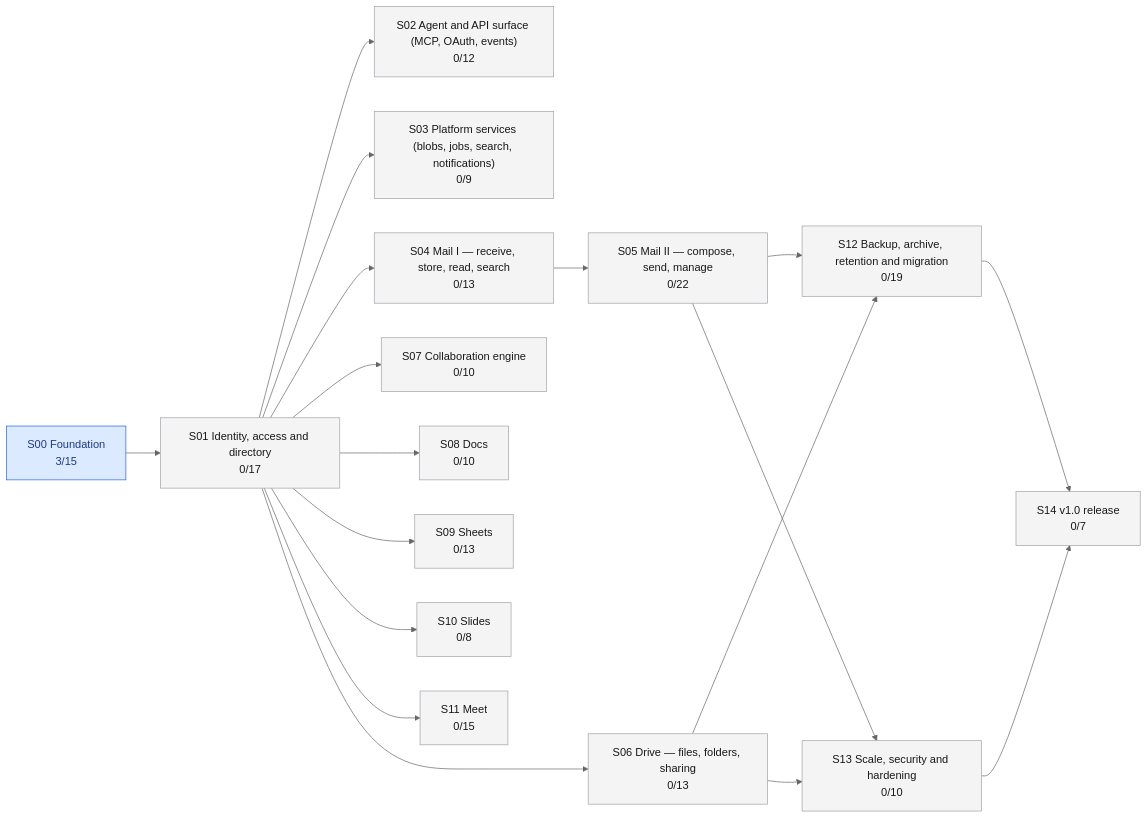
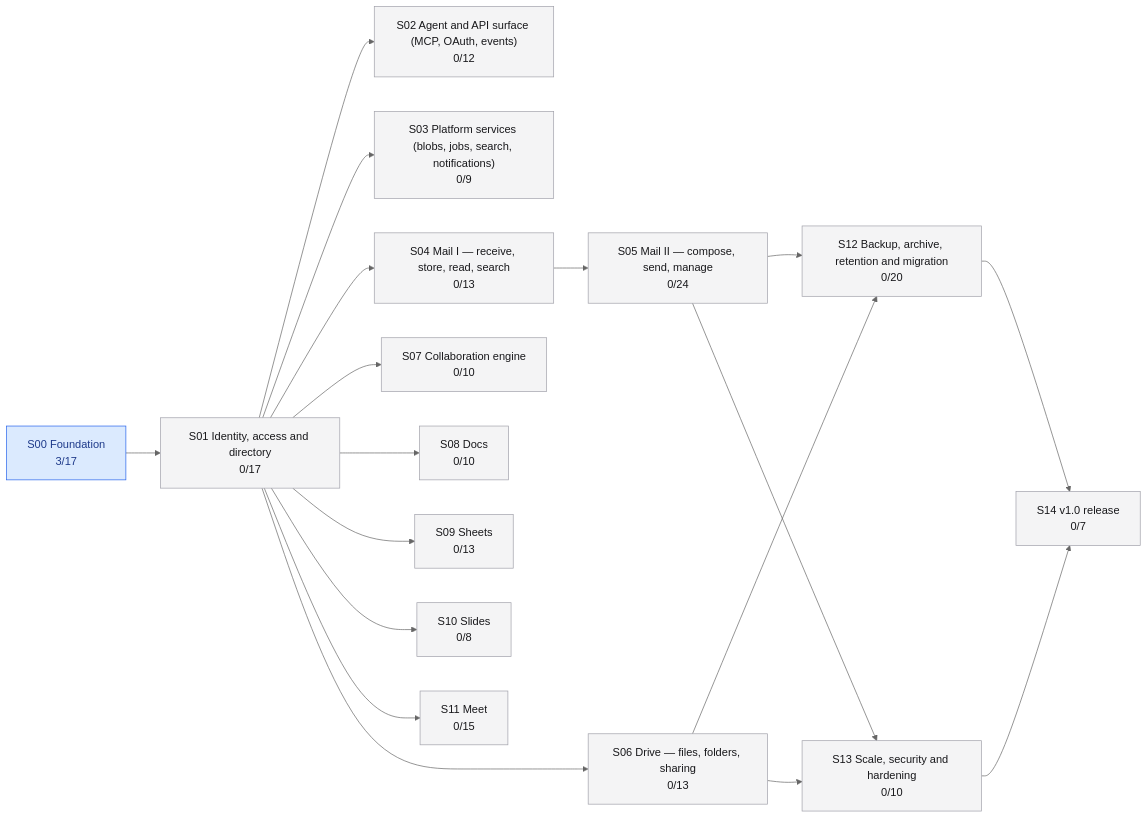
The diagram in plan/STATUS.md (jaredwray/soldock), drawn with Mermaid (neutral theme) before and after one commit. The commit also changed other lines of this file and 16 other files, not shown here.

````diff
--- a/plan/STATUS.md
+++ b/plan/STATUS.md
@@ -52,38 +52,38 @@
 ```mermaid
 graph LR
-  S00["S00 Foundation<br/>3/15"]:::active
+  S00["S00 Foundation<br/>3/17"]:::active
   S01["S01 Identity, access and directory<br/>0/17"]:::planned
   S02["S02 Agent and API surface (MCP, OAuth, events)<br/>0/12"]:::planned
   S03["S03 Platform services (blobs, jobs, search, notifications)<br/>0/9"]:::planned
   S04["S04 Mail I — receive, store, read, search<br/>0/13"]:::planned
-  S05["S05 Mail II — compose, send, manage<br/>0/22"]:::planned
+  S05["S05 Mail II — compose, send, manage<br/>0/24"]:::planned
   S06["S06 Drive — files, folders, sharing<br/>0/13"]:::planned
   S07["S07 Collaboration engine<br/>0/10"]:::planned
   S08["S08 Docs<br/>0/10"]:::planned
   S09["S09 Sheets<br/>0/13"]:::planned
   S10["S10 Slides<br/>0/8"]:::planned
   S11["S11 Meet<br/>0/15"]:::planned
-  S12["S12 Backup, archive, retention and migration<br/>0/19"]:::planned
+  S12["S12 Backup, archive, retention and migration<br/>0/20"]:::planned
   S13["S13 Scale, security and hardening<br/>0/10"]:::planned
   S14["S14 v1.0 release<br/>0/7"]:::planned
   S00 --> S01
   S01 --> S02
   S01 --> S03
   S01 --> S04
   S04 --> S05
   S01 --> S06
   S01 --> S07
   S01 --> S08
   S01 --> S09
   S01 --> S10
   S01 --> S11
   S05 --> S12
   S06 --> S12
   S05 --> S13
   S06 --> S13
   S12 --> S14
   S13 --> S14
   classDef planned fill:#f4f4f5,stroke:#a1a1aa,color:#18181b
   classDef active fill:#dbeafe,stroke:#2563eb,color:#1e3a8a
   classDef done fill:#dcfce7,stroke:#16a34a,color:#14532d
 ```
````
